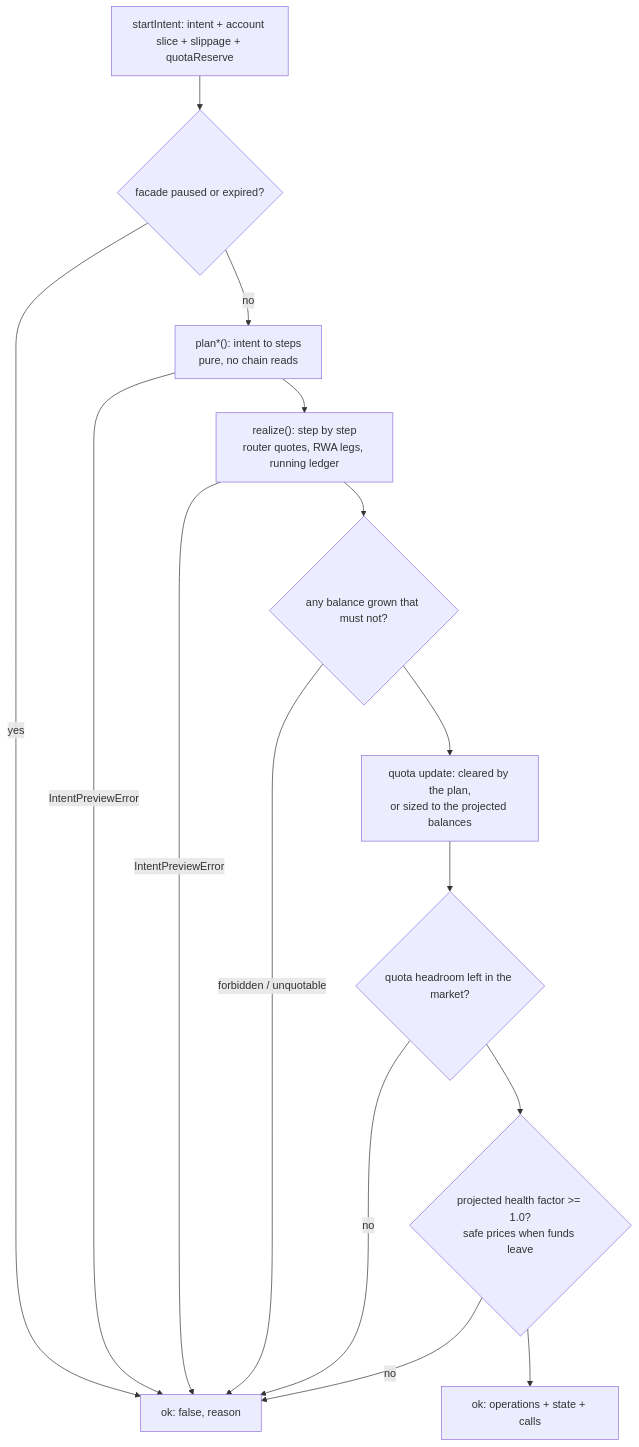
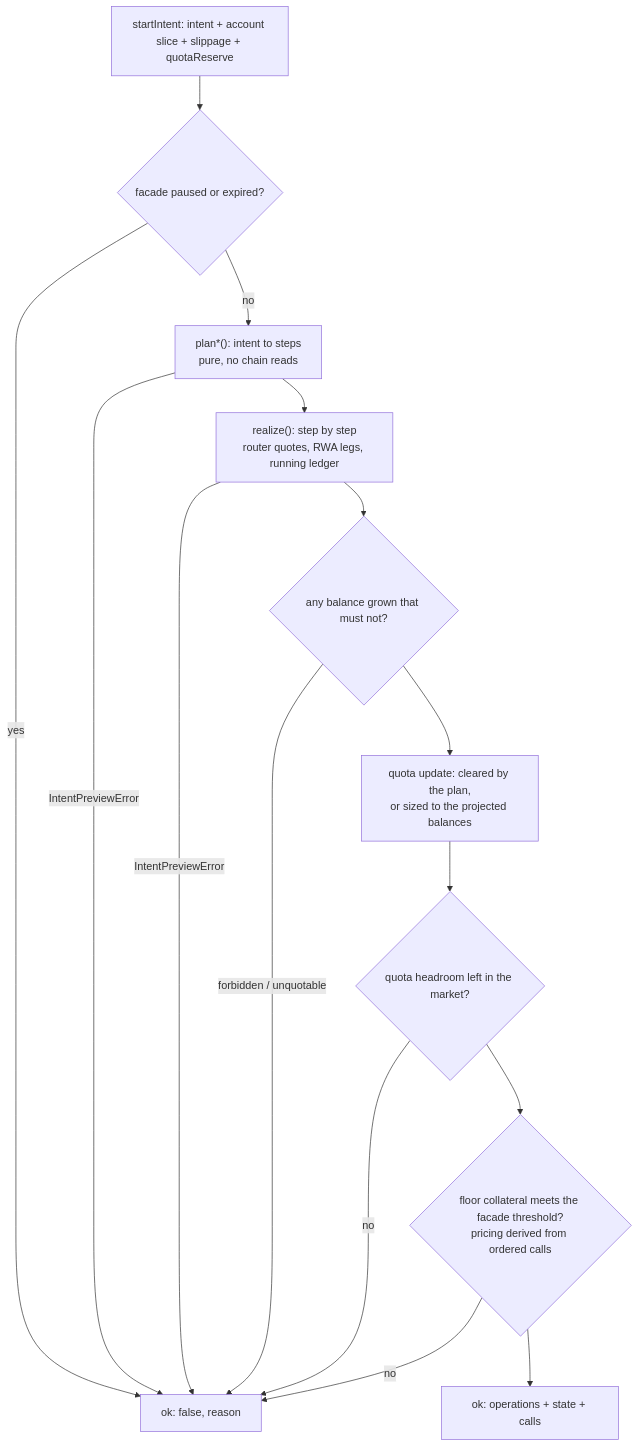
Before and after one commit to Gearbox-protocol/sdk: the first of 3 diagrams in docs/intents/README.md, drawn with Mermaid. The commit also changed other lines of this file and 42 other files, not shown here.

````diff
--- a/docs/intents/README.md
+++ b/docs/intents/README.md
@@ -27,28 +27,28 @@
 ```mermaid
 flowchart TD
   req["startIntent: intent + account slice + slippage + quotaReserve"]
   op{"facade paused or expired?"}
   plan["plan*(): intent to steps<br/>pure, no chain reads"]
   loop["realize(): step by step<br/>router quotes, RWA legs, running ledger"]
   growth{"any balance grown that must not?"}
   quota["quota update: cleared by the plan,<br/>or sized to the projected balances"]
   head{"quota headroom left in the market?"}
-  hf{"projected health factor >= 1.0?<br/>safe prices when funds leave"}
+  hf{"floor collateral meets the facade threshold?<br/>pricing derived from ordered calls"}
   ok["ok: operations + state + calls"]
   no["ok: false, reason"]
 
   req --> op
   op -->|"yes"| no
   op -->|"no"| plan
   plan -->|"IntentPreviewError"| no
   plan --> loop
   loop -->|"IntentPreviewError"| no
   loop --> growth
   growth -->|"forbidden / unquotable"| no
   growth --> quota
   quota --> head
   head -->|"no"| no
   head --> hf
   hf -->|"no"| no
   hf --> ok
 ```
````
